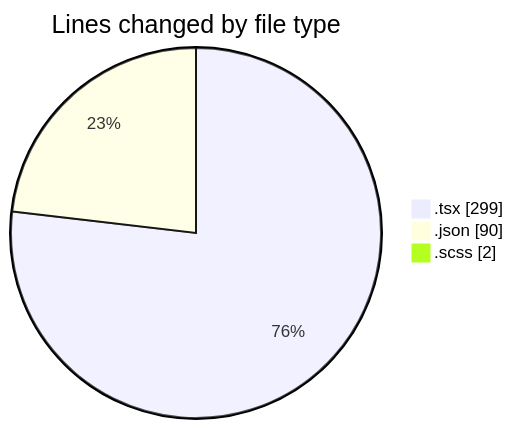
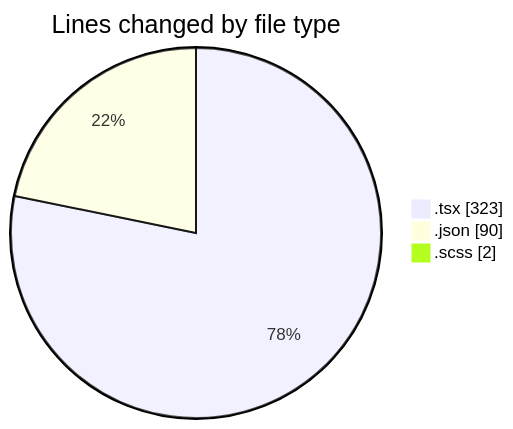
One commit to momahboobian/code-tracking changed the first of 2 diagrams in 2026-05-13/cda/README.md. Above: the diagram before and after it, drawn with Mermaid. The commit also changed other lines of this file and 1 other file, not shown here.

````diff
--- a/2026-05-13/cda/README.md
+++ b/2026-05-13/cda/README.md
@@ -24,7 +24,7 @@
 ```mermaid
 pie showData
 title Lines changed by file type
-".tsx" : 299
+".tsx" : 323
 ".json" : 90
 ".scss" : 2
 ```
````
